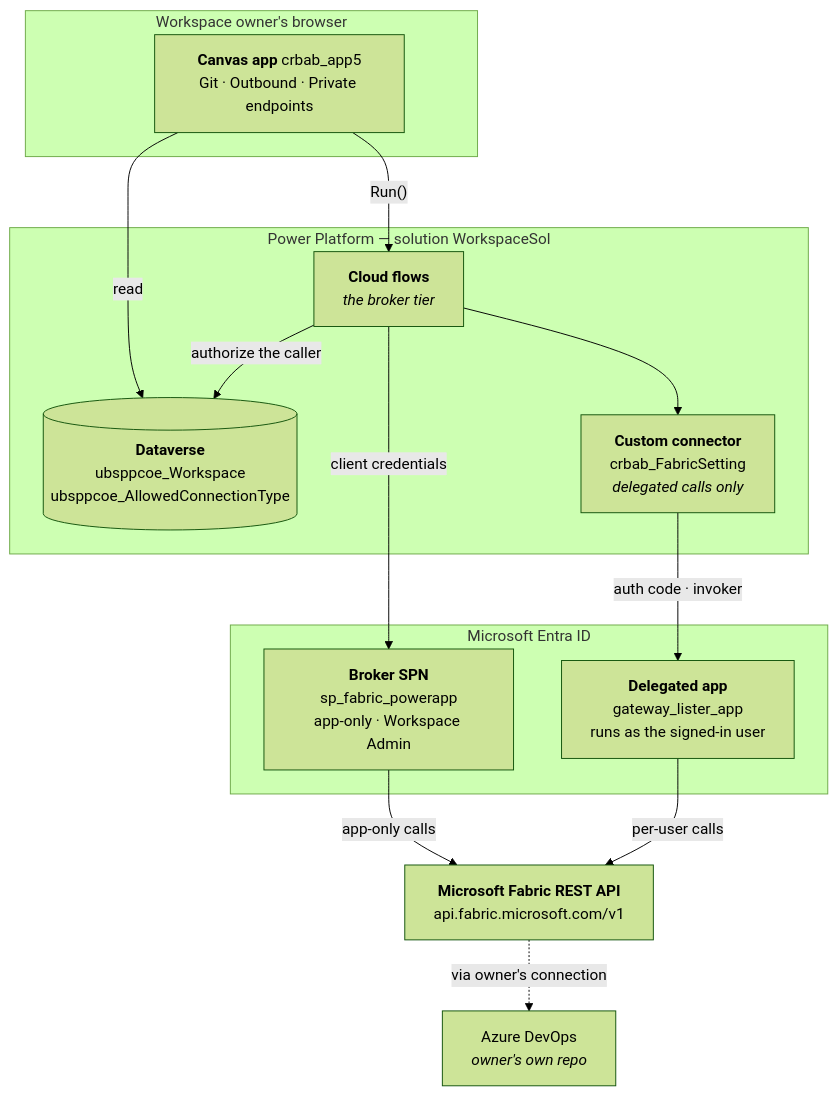
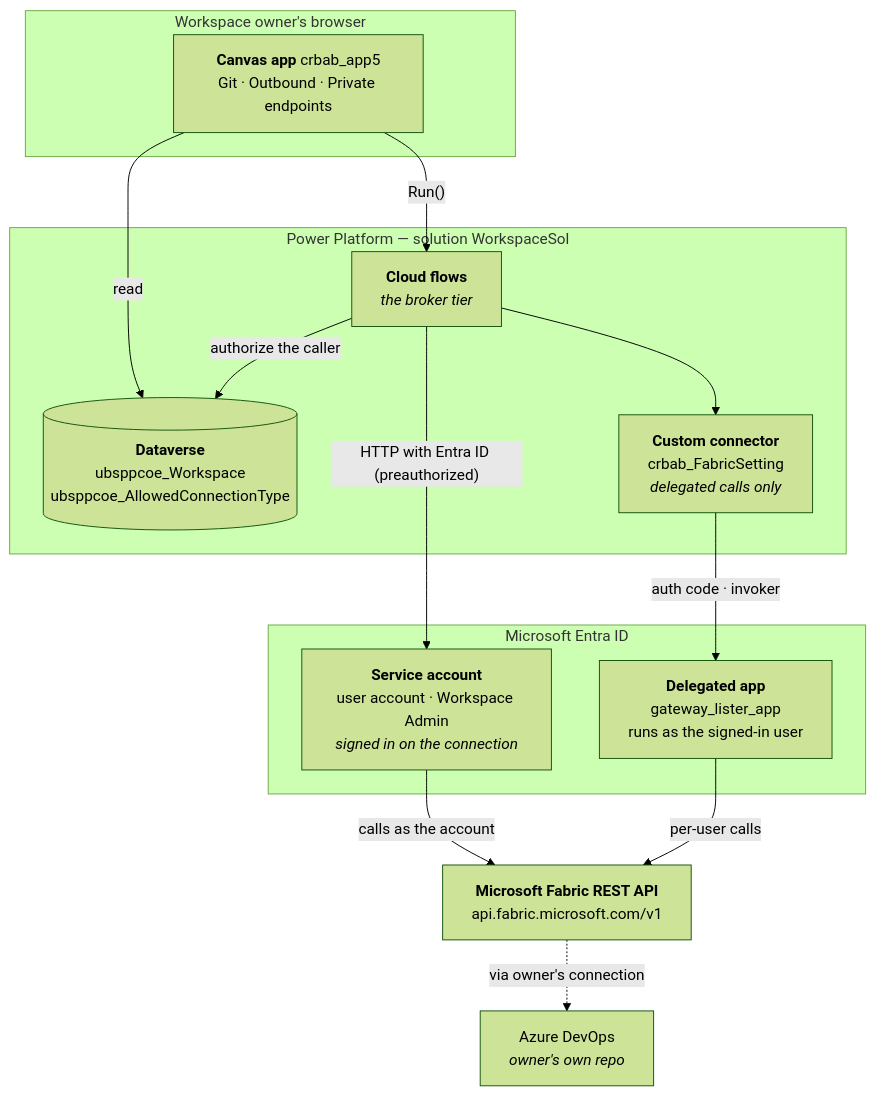
The first of 5 diagrams in workspace-settings/ARCHITECTURE.md (velniaszs/Fabric_Workspace_Settings), drawn with Mermaid (forest theme) before and after one commit. The commit also changed other lines of this file and 4 other files, not shown here.

````diff
--- a/workspace-settings/ARCHITECTURE.md
+++ b/workspace-settings/ARCHITECTURE.md
@@ -62,30 +62,30 @@
 ```mermaid
 flowchart TB
     subgraph client["Workspace owner's browser"]
         APP["<b>Canvas app</b> crbab_app5<br/>Git · Outbound · Private endpoints"]
     end
 
     subgraph pp["Power Platform — solution WorkspaceSol"]
         DV[("<b>Dataverse</b><br/>ubsppcoe_Workspace<br/>ubsppcoe_AllowedConnectionType")]
         FLOWS["<b>Cloud flows</b><br/><i>the broker tier</i>"]
         CONN["<b>Custom connector</b><br/>crbab_FabricSetting<br/><i>delegated calls only</i>"]
     end
 
     subgraph entra["Microsoft Entra ID"]
-        SPNA["<b>Broker SPN</b><br/>sp_fabric_powerapp<br/>app-only · Workspace Admin"]
+        ACCT["<b>Service account</b><br/>user account · Workspace Admin<br/><i>signed in on the connection</i>"]
         DELEG["<b>Delegated app</b><br/>gateway_lister_app<br/>runs as the signed-in user"]
     end
 
     FABRIC["<b>Microsoft Fabric REST API</b><br/>api.fabric.microsoft.com/v1"]
     ADO["Azure DevOps<br/><i>owner's own repo</i>"]
 
     APP -->|"Run()"| FLOWS
     APP -->|read| DV
     FLOWS -->|"authorize the caller"| DV
-    FLOWS -->|"client credentials"| SPNA
+    FLOWS -->|"HTTP with Entra ID (preauthorized)"| ACCT
     FLOWS --> CONN
     CONN -->|"auth code · invoker"| DELEG
-    SPNA -->|"app-only calls"| FABRIC
+    ACCT -->|"calls as the account"| FABRIC
     DELEG -->|"per-user calls"| FABRIC
     FABRIC -.->|"via owner's connection"| ADO
 ```
````
